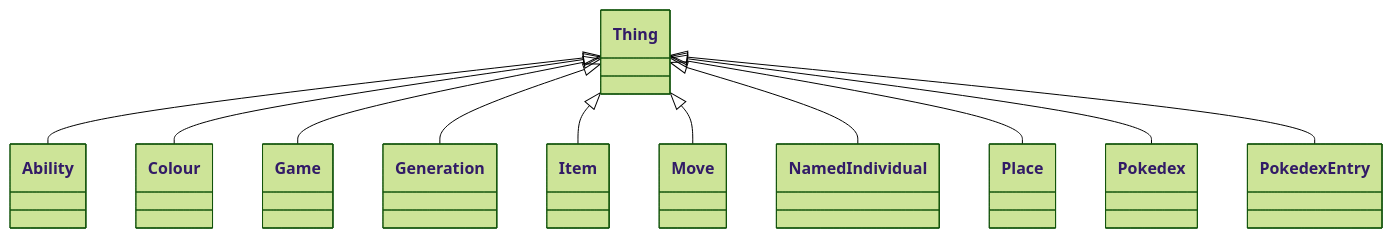
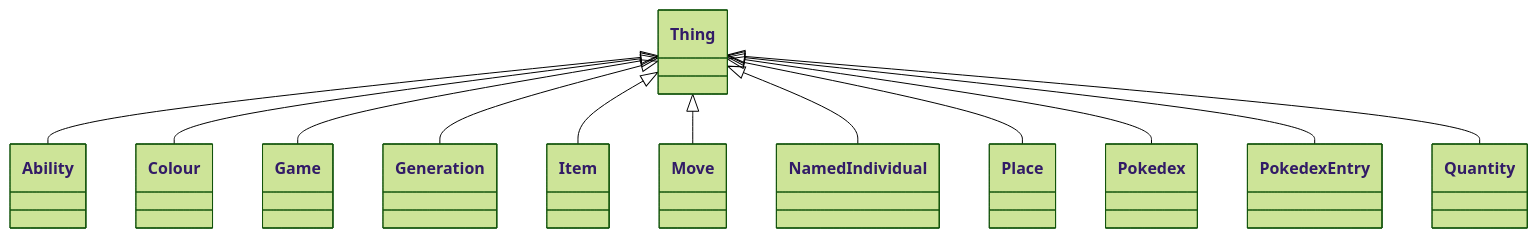
Before and after one commit to vladistan/linkml-pokemon: the eighth of 43 diagrams in project/datadict.md, drawn with Mermaid (forest theme). The commit also changed other lines of this file and 14 other files, not shown here.

Commit message:
Rebuild the project using new schema

````diff
--- a/project/datadict.md
+++ b/project/datadict.md
@@ -411,14 +420,15 @@
 ```mermaid
 classDiagram
 Thing <|-- Ability
 Thing <|-- Colour
 Thing <|-- Game
 Thing <|-- Generation
 Thing <|-- Item
 Thing <|-- Move
 Thing <|-- NamedIndividual
 Thing <|-- Place
 Thing <|-- Pokedex
 Thing <|-- PokedexEntry
+Thing <|-- Quantity
 
 ```
````
